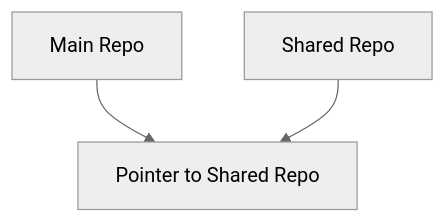
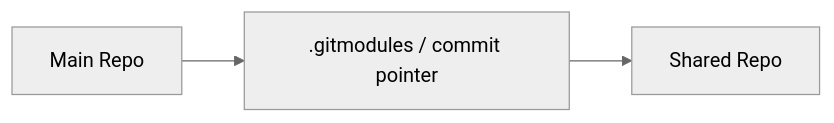
Before and after one commit to duwenji/github-copilot-practical-workflows-tutorial: the first of 2 diagrams in docs/04-shared-assets-and-multi-repo-management/05-submodule-subtree-visual-guide.md, drawn with Mermaid (neutral theme). The commit also changed other lines of this file and 19 other files, not shown here.

````diff
--- a/docs/04-shared-assets-and-multi-repo-management/05-submodule-subtree-visual-guide.md
+++ b/docs/04-shared-assets-and-multi-repo-management/05-submodule-subtree-visual-guide.md
@@ -5,5 +7,5 @@
 ```mermaid
-flowchart TD
-    A[Main Repo] --> B[Pointer to Shared Repo]
-    C[Shared Repo] --> B
+flowchart LR
+    A[Main Repo] --> B[.gitmodules / commit pointer]
+    B --> C[Shared Repo]
 ```
````
